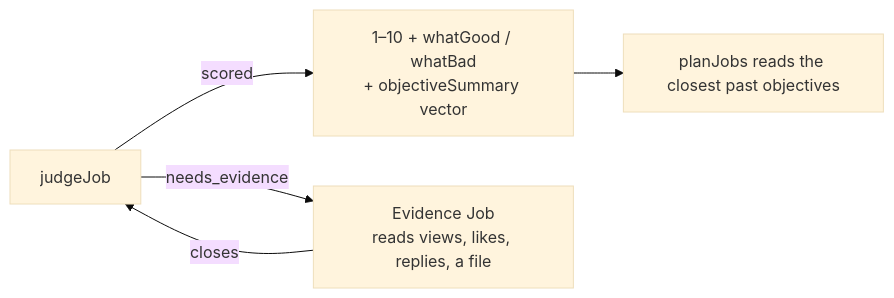
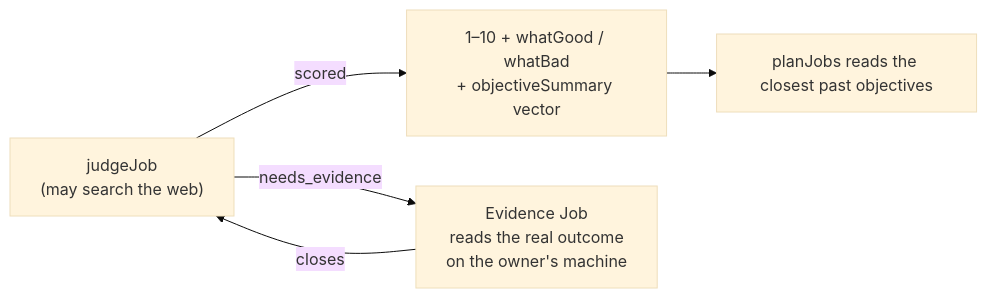
Before and after one commit to BaraaSoft/agentcores: the third of 6 diagrams in packages/backend/src/reasoning/tech-spec.md, drawn with Mermaid (base theme). The commit also changed other lines of this file and 11 other files, not shown here.

First line of the commit message:
Enhance job evaluation reasoning with web search capabilities

````diff
--- a/packages/backend/src/reasoning/tech-spec.md
+++ b/packages/backend/src/reasoning/tech-spec.md
@@ -193,7 +201,7 @@
 ```mermaid
 flowchart LR
-    Judge["judgeJob"] -->|scored| Store["1–10 + whatGood / whatBad<br/>+ objectiveSummary vector"]
-    Judge -->|needs_evidence| Errand["Evidence Job<br/>reads views, likes, replies, a file"]
+    Judge["judgeJob<br/>(may search the web)"] -->|scored| Store["1–10 + whatGood / whatBad<br/>+ objectiveSummary vector"]
+    Judge -->|needs_evidence| Errand["Evidence Job<br/>reads the real outcome<br/>on the owner's machine"]
     Errand -->|closes| Judge
     Store --> Planner["planJobs reads the closest past objectives"]
 ```
````
